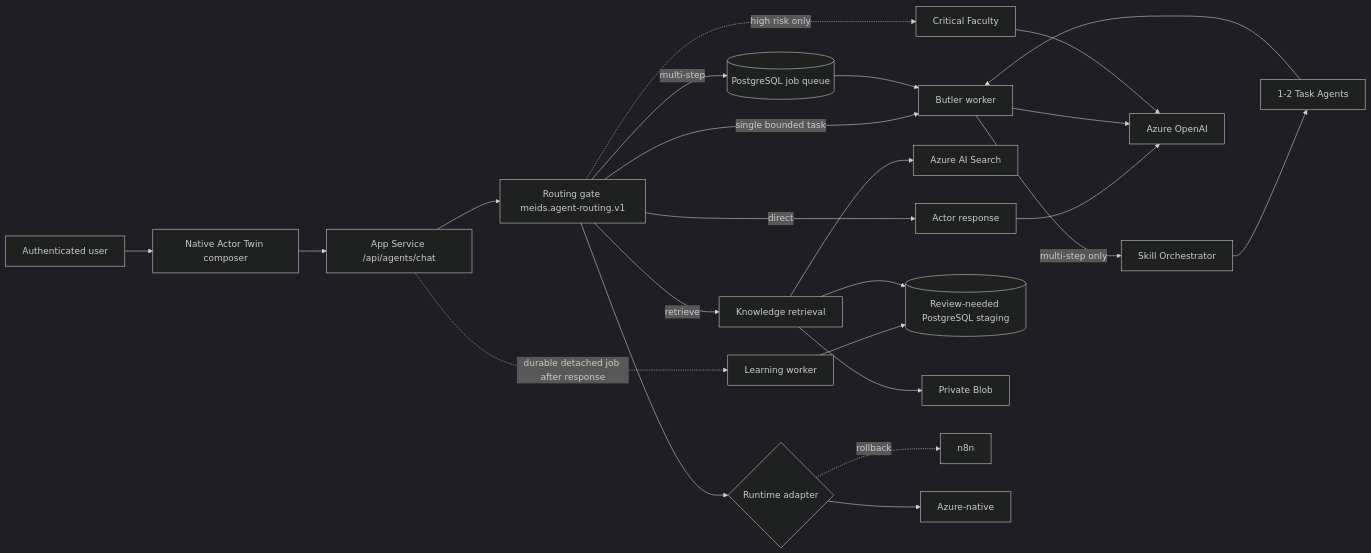
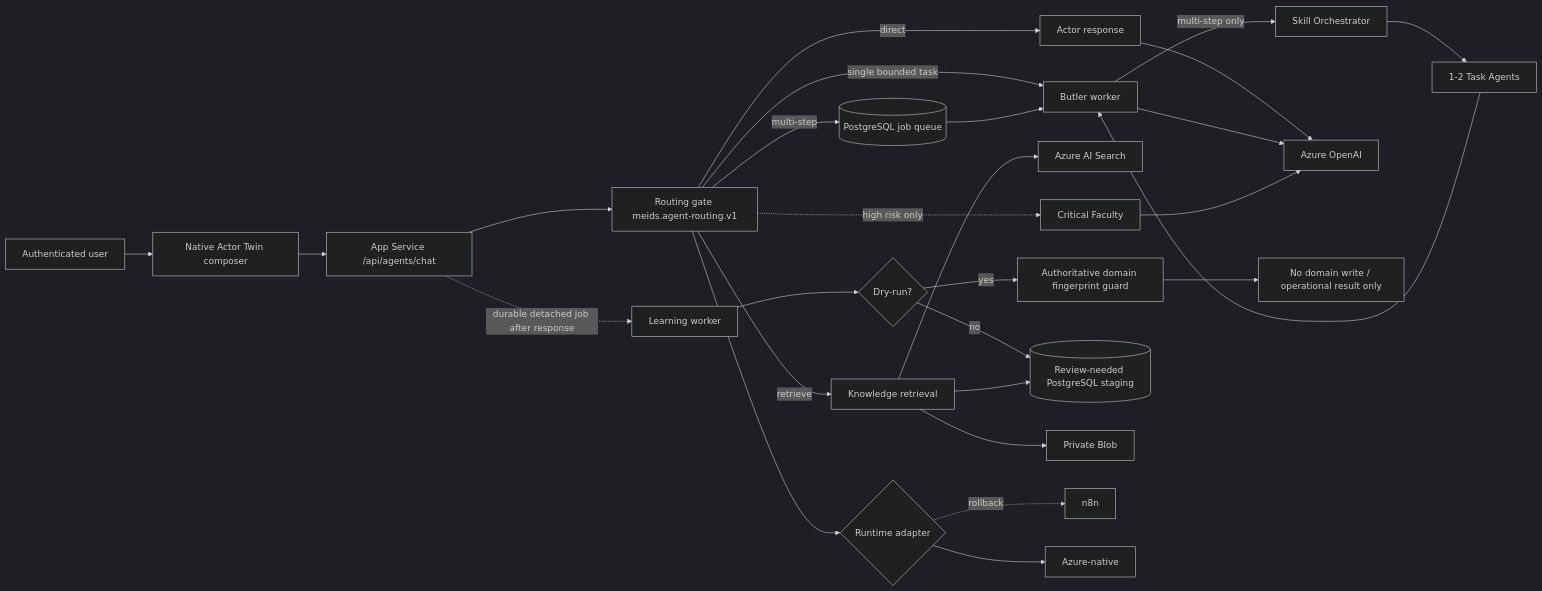
The second of 2 diagrams in docs/production/azure-native-agent-target.md (florianliepe/meids-app), drawn with Mermaid (dark theme) before and after one commit. The commit also changed other lines of this file and 11 other files, not shown here.

Commit message:
Prove Learning dry-run domain immutability

````diff
--- a/docs/production/azure-native-agent-target.md
+++ b/docs/production/azure-native-agent-target.md
@@ -37,26 +40,29 @@
 ```mermaid
 flowchart LR
   U[Authenticated user] --> F[Native Actor Twin composer]
   F --> API[App Service /api/agents/chat]
   API --> G[Routing gate meids.agent-routing.v1]
   G -->|direct| A[Actor response]
   G -->|retrieve| K[Knowledge retrieval]
   G -->|single bounded task| B[Butler worker]
   G -->|multi-step| Q[(PostgreSQL job queue)]
   Q --> B
   B -->|multi-step only| S[Skill Orchestrator]
   S --> T[1-2 Task Agents]
   T --> B
   K --> AS[Azure AI Search]
   A --> AO[Azure OpenAI]
   B --> AO
   G -. high risk only .-> C[Critical Faculty]
   C --> AO
   API -. durable detached job after response .-> L[Learning worker]
-  L --> PG[(Review-needed PostgreSQL staging)]
+  L --> LD{Dry-run?}
+  LD -->|yes| FP[Authoritative domain fingerprint guard]
+  LD -->|no| PG[(Review-needed PostgreSQL staging)]
+  FP --> NW[No domain write / operational result only]
   K --> PG
   K --> BL[Private Blob]
   G --> AD{Runtime adapter}
   AD -. rollback .-> N[n8n]
   AD --> AZ[Azure-native]
 ```
````
